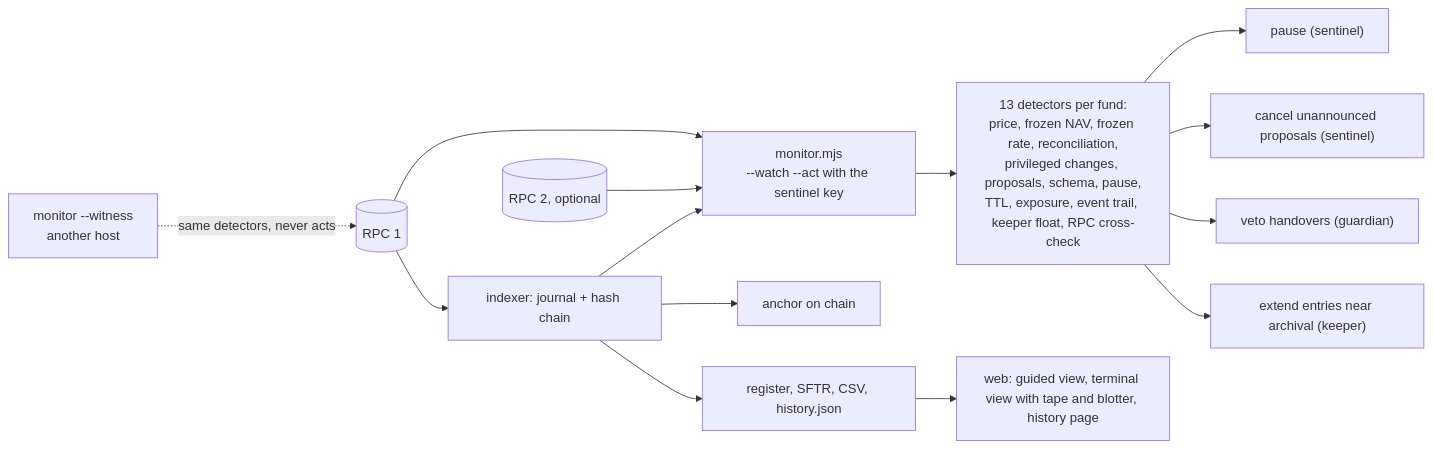
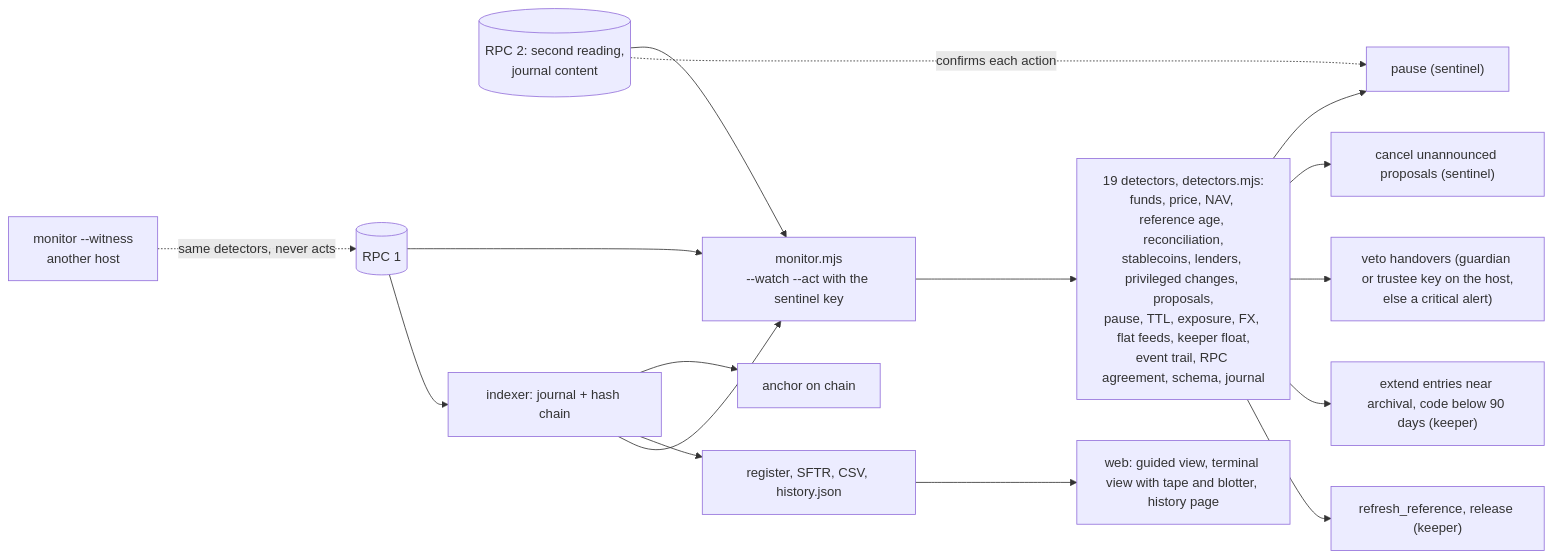
The tenth of 11 diagrams in docs/architecture.md (EricLtx/hackmeridian-2026), drawn with Mermaid before and after one commit. The commit also changed other lines of this file, not shown here.

First line of the commit message:
Docs: the architecture map at the rc5 candidate

````diff
--- a/docs/architecture.md
+++ b/docs/architecture.md
@@ -267,16 +274,18 @@
 ```mermaid
 flowchart LR
   RPC1[(RPC 1)] --> MON
-  RPC2[(RPC 2, optional)] --> MON[monitor.mjs<br/>--watch --act with the sentinel key]
-  MON --> DET[13 detectors per fund:<br/>price, frozen NAV, frozen rate, reconciliation,<br/>privileged changes, proposals, schema, pause,<br/>TTL, exposure, event trail, keeper float, RPC cross-check]
+  RPC2[(RPC 2: second reading,<br/>journal content)] --> MON[monitor.mjs<br/>--watch --act with the sentinel key]
+  MON --> DET[19 detectors, detectors.mjs:<br/>funds, price, NAV, reference age, reconciliation,<br/>stablecoins, lenders, privileged changes, proposals,<br/>pause, TTL, exposure, FX, flat feeds, keeper float,<br/>event trail, RPC agreement, schema, journal]
   DET --> A1["pause (sentinel)"]
   DET --> A2["cancel unannounced proposals (sentinel)"]
-  DET --> A3["veto handovers (guardian)"]
-  DET --> A4["extend entries near archival (keeper)"]
+  DET --> A3["veto handovers (guardian or trustee key on the host,<br/>else a critical alert)"]
+  DET --> A4["extend entries near archival, code below 90 days (keeper)"]
+  DET --> A5["refresh_reference, release (keeper)"]
+  RPC2 -. confirms each action .-> A1
   WIT[monitor --witness<br/>another host] -. same detectors, never acts .-> RPC1
   RPC1 --> IDX[indexer: journal + hash chain]
   IDX --> ANC[anchor on chain]
   IDX --> VIEWS[register, SFTR, CSV, history.json]
   VIEWS --> WEB[web: guided view, terminal view with tape and blotter, history page]
   IDX --> MON
 ```
````
